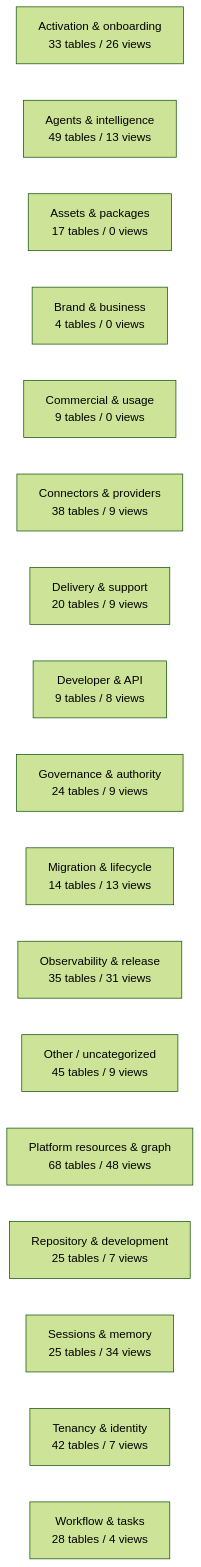
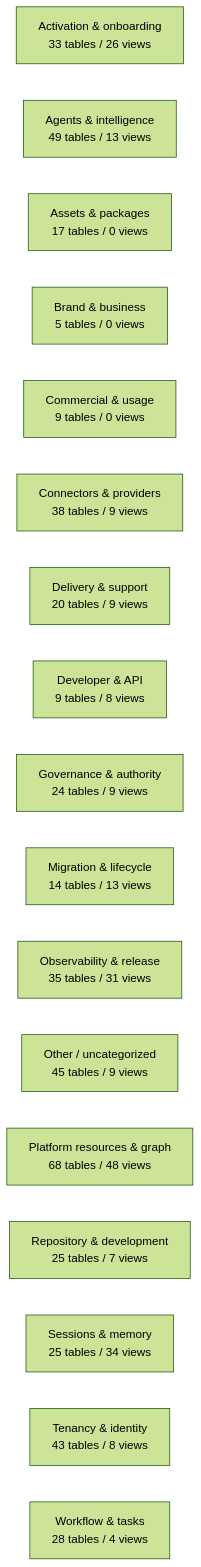
Before and after one commit to mad4bdigital-ai/multi-business-multi-role-growth-intelligence-os: the diagram in docs/work-maps/data-model-domain-map.md, drawn with Mermaid (forest theme). The commit also changed other lines of this file and 17 other files, not shown here.

````diff
--- a/docs/work-maps/data-model-domain-map.md
+++ b/docs/work-maps/data-model-domain-map.md
@@ -9,20 +9,20 @@
 ```mermaid
 flowchart LR
   n_Activation___onboarding["Activation & onboarding<br/>33 tables / 26 views"]
   n_Agents___intelligence["Agents & intelligence<br/>49 tables / 13 views"]
   n_Assets___packages["Assets & packages<br/>17 tables / 0 views"]
-  n_Brand___business["Brand & business<br/>4 tables / 0 views"]
+  n_Brand___business["Brand & business<br/>5 tables / 0 views"]
   n_Commercial___usage["Commercial & usage<br/>9 tables / 0 views"]
   n_Connectors___providers["Connectors & providers<br/>38 tables / 9 views"]
   n_Delivery___support["Delivery & support<br/>20 tables / 9 views"]
   n_Developer___API["Developer & API<br/>9 tables / 8 views"]
   n_Governance___authority["Governance & authority<br/>24 tables / 9 views"]
   n_Migration___lifecycle["Migration & lifecycle<br/>14 tables / 13 views"]
   n_Observability___release["Observability & release<br/>35 tables / 31 views"]
   n_Other___uncategorized["Other / uncategorized<br/>45 tables / 9 views"]
   n_Platform_resources___graph["Platform resources & graph<br/>68 tables / 48 views"]
   n_Repository___development["Repository & development<br/>25 tables / 7 views"]
   n_Sessions___memory["Sessions & memory<br/>25 tables / 34 views"]
-  n_Tenancy___identity["Tenancy & identity<br/>42 tables / 7 views"]
+  n_Tenancy___identity["Tenancy & identity<br/>43 tables / 8 views"]
   n_Workflow___tasks["Workflow & tasks<br/>28 tables / 4 views"]
 ```
````
